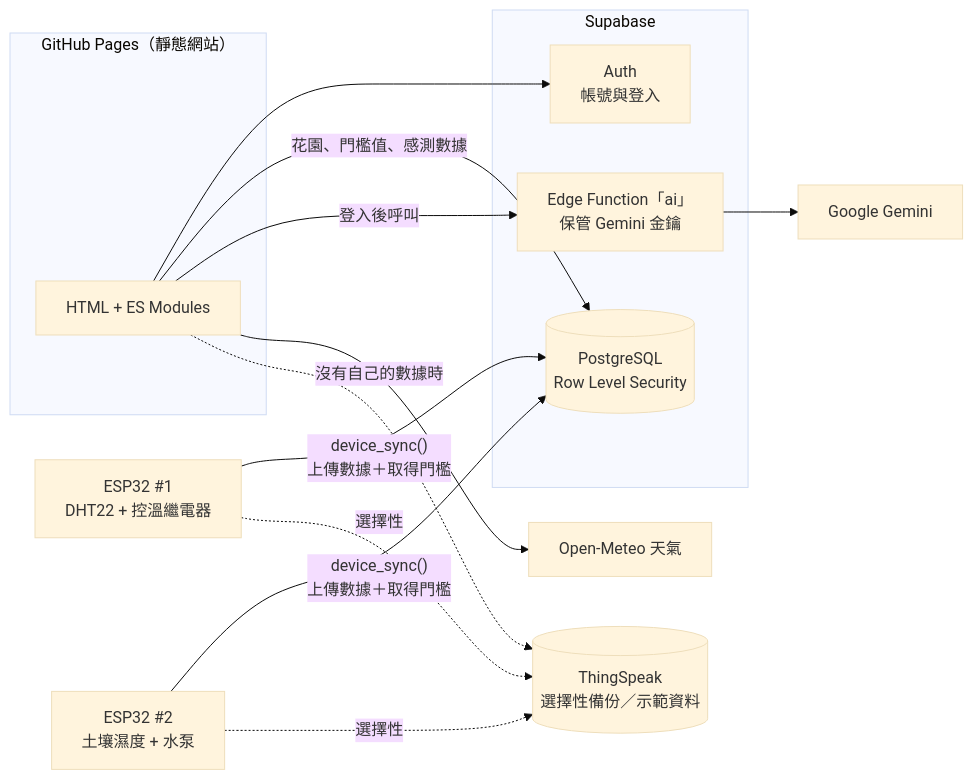
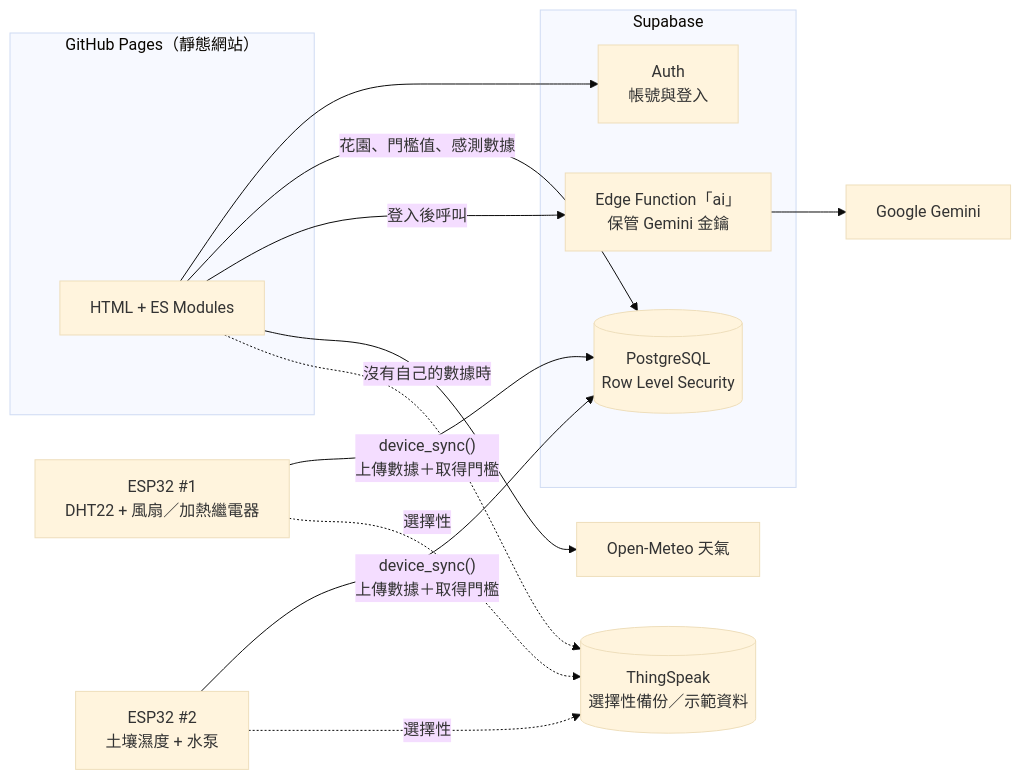
Before and after one commit to alanpass/Capstone_Project: the diagram in README.md, drawn with Mermaid (base theme). The commit also changed other lines of this file and 12 other files, not shown here.

````diff
--- a/README.md
+++ b/README.md
@@ -25,24 +25,24 @@
 ```mermaid
 flowchart LR
   subgraph Pages["GitHub Pages（靜態網站）"]
     UI["HTML + ES Modules"]
   end
   subgraph Supabase
     Auth["Auth<br/>帳號與登入"]
     DB[("PostgreSQL<br/>Row Level Security")]
     Fn["Edge Function「ai」<br/>保管 Gemini 金鑰"]
   end
   Gemini["Google Gemini"]
   OM["Open-Meteo 天氣"]
-  ESP1["ESP32 #1<br/>DHT22 + 控溫繼電器"]
+  ESP1["ESP32 #1<br/>DHT22 + 風扇／加熱繼電器"]
   ESP2["ESP32 #2<br/>土壤濕度 + 水泵"]
   TS[("ThingSpeak<br/>選擇性備份／示範資料")]
 
   UI --> Auth
   UI -- "花園、門檻值、感測數據" --> DB
   UI -- 登入後呼叫 --> Fn --> Gemini
   UI --> OM
   ESP1 & ESP2 -- "device_sync()<br/>上傳數據＋取得門檻" --> DB
   ESP1 & ESP2 -. 選擇性 .-> TS
   UI -. 沒有自己的數據時 .-> TS
 ```
````
